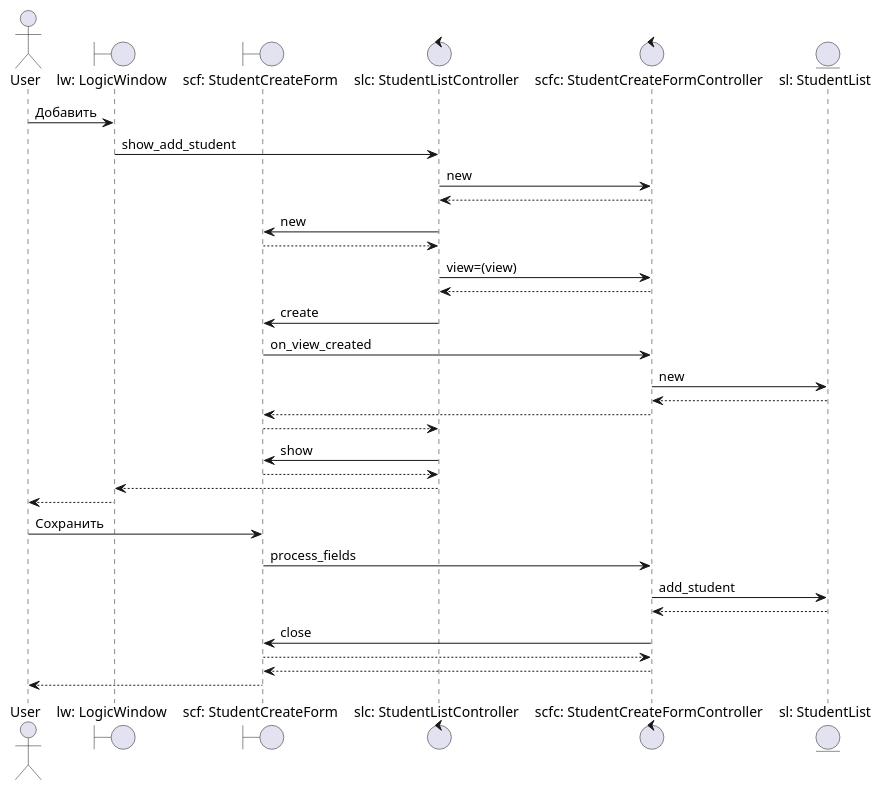
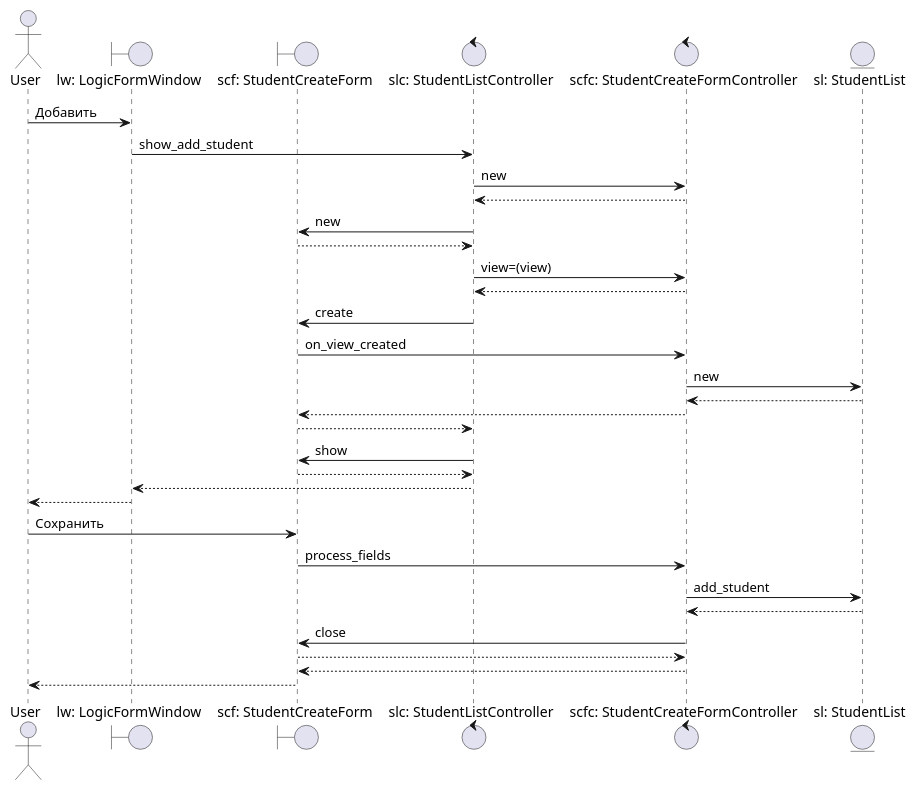
The diagram in Lab_2/Diagrams/add.puml (yellowcat-dotcom/Ruby), drawn with PlantUML before and after one commit. The commit also changed 9 other files, not shown here.

Commit message:
new diagram edit

```diff
--- a/Lab_2/Diagrams/add.puml
+++ b/Lab_2/Diagrams/add.puml
@@ -1,41 +1,41 @@
 @startuml
 'https://plantuml.com/sequence-diagram
 
 
 
 actor       User                        as user
-boundary    "lw: LogicWindow"                   as lw
+boundary    "lw: LogicFormWindow"                   as lw
 boundary    "scf: StudentCreateForm"             as scf
 control     "slc: StudentListController"        as slc
 control     "scfc: StudentCreateFormController"  as scfc
 entity      "sl: StudentList"           as sl
 
 user -> lw : Добавить
 lw -> slc : show_add_student
 slc -> scfc : new
 scfc --> slc
 slc -> scf : new
 scf --> slc
 slc -> scfc : view=(view)
 scfc --> slc
 slc -> scf : create
 scf -> scfc : on_view_created
 scfc -> sl : new
 sl --> scfc
 scfc --> scf
 scf --> slc
 slc -> scf : show
 scf --> slc
 slc --> lw
 lw --> user
 
 user -> scf : Сохранить
 scf -> scfc : process_fields
 scfc -> sl : add_student
 sl --> scfc
 scfc -> scf : close
 scf --> scfc
 scfc --> scf
 scf --> user
 
 @enduml
```
